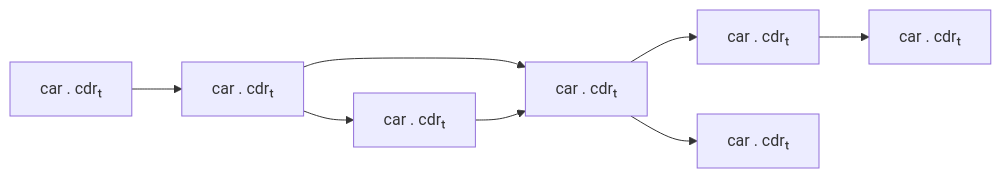
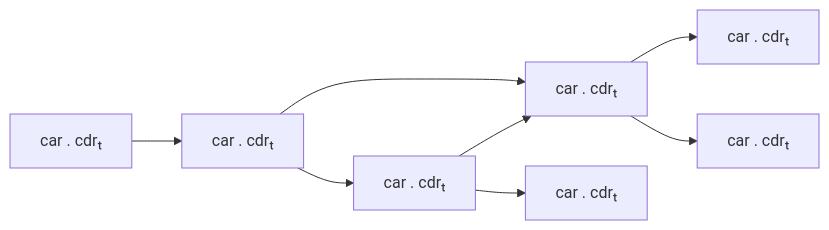
One commit to raviqqe/doc changed the diagram in slides/papers/stak-scheme/code-graph-in-depth.mmd. Above: the diagram before and after it, drawn with Mermaid.

```diff
--- a/slides/papers/stak-scheme/code-graph-in-depth.mmd
+++ b/slides/papers/stak-scheme/code-graph-in-depth.mmd
@@ -1,6 +1,6 @@
 flowchart LR
   c0["car . cdrₜ"] --> c1["car . cdrₜ"] --> c2["car . cdrₜ"]
   c1 --> c3["car . cdrₜ"] --> c2["car . cdrₜ"]
   c2 --> c4["car . cdrₜ"]
   c2 --> c5["car . cdrₜ"]
-  c4 --> c6["car . cdrₜ"]
+  c3 --> c6["car . cdrₜ"]
```
